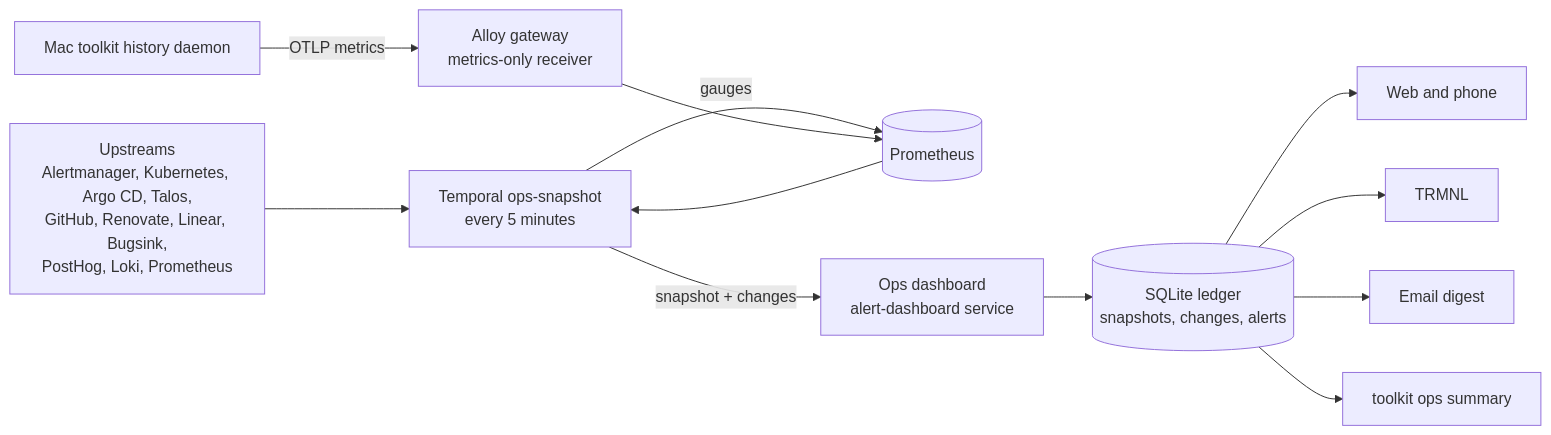
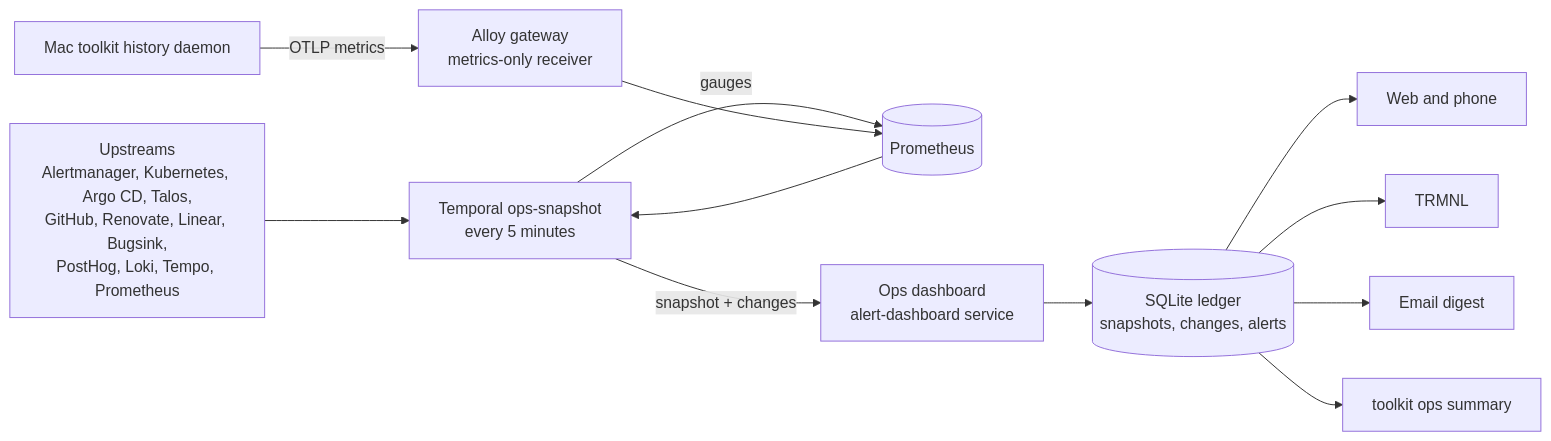
The diagram in packages/docs/wiki/src/content/docs/explanation/homelab/operations-overview.md (shepherdjerred/monorepo), drawn with Mermaid before and after one commit. The commit also changed other lines of this file and 21 other files, not shown here.

````diff
--- a/packages/docs/wiki/src/content/docs/explanation/homelab/operations-overview.md
+++ b/packages/docs/wiki/src/content/docs/explanation/homelab/operations-overview.md
@@ -30,28 +30,28 @@
 ```mermaid
 flowchart LR
   accTitle: Operations overview data flow
   accDescr: A Temporal schedule collects every upstream into one snapshot and posts it to the ops dashboard, which stores it in SQLite. The web UI, TRMNL, the email digest, and the toolkit CLI read that snapshot. The Mac pushes AI usage metrics to Prometheus through the Alloy gateway, and the collector reads them back from Prometheus.
 
-  SRC[Upstreams\nAlertmanager, Kubernetes, Argo CD, Talos,\nGitHub, Renovate, Linear, Bugsink,\nPostHog, Loki, Prometheus]
+  SRC[Upstreams\nAlertmanager, Kubernetes, Argo CD, Talos,\nGitHub, Renovate, Linear, Bugsink,\nPostHog, Loki, Tempo, Prometheus]
   TEMPORAL[Temporal ops-snapshot\nevery 5 minutes]
   PROM[(Prometheus)]
   DASH[Ops dashboard\nalert-dashboard service]
   DB[(SQLite ledger\nsnapshots, changes, alerts)]
   MAC[Mac toolkit history daemon]
   ALLOY[Alloy gateway\nmetrics-only receiver]
   WEB[Web and phone]
   TRMNL[TRMNL]
   MAIL[Email digest]
   CLI[toolkit ops summary]
 
   SRC --> TEMPORAL
   TEMPORAL -->|gauges| PROM
   TEMPORAL -->|snapshot + changes| DASH
   DASH --> DB
   MAC -->|OTLP metrics| ALLOY --> PROM
   PROM --> TEMPORAL
   DB --> WEB
   DB --> TRMNL
   DB --> MAIL
   DB --> CLI
 ```
````
